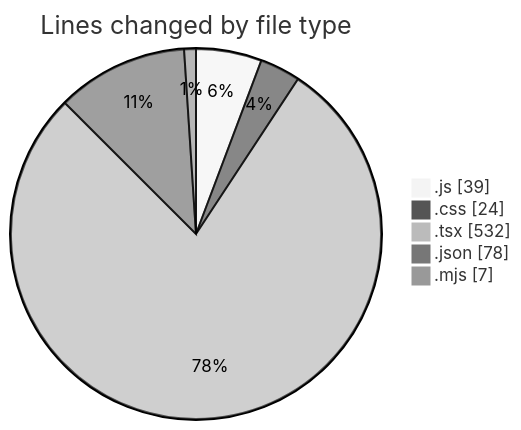
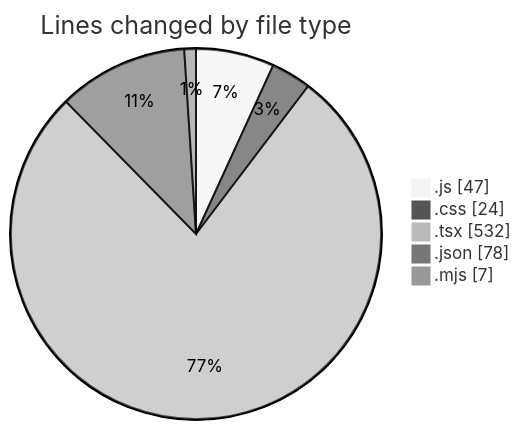
The first of 2 diagrams in 2025-06-19/scopecraft/README.md (Ritupan-Deka/code-tracking), drawn with Mermaid (neutral theme) before and after one commit. The commit also changed other lines of this file and 1 other file, not shown here.

````diff
--- a/2025-06-19/scopecraft/README.md
+++ b/2025-06-19/scopecraft/README.md
@@ -34,9 +35,9 @@
 ```mermaid
 pie showData
 title Lines changed by file type
-".js" : 39
+".js" : 47
 ".css" : 24
 ".tsx" : 532
 ".json" : 78
 ".mjs" : 7
 ```
````
